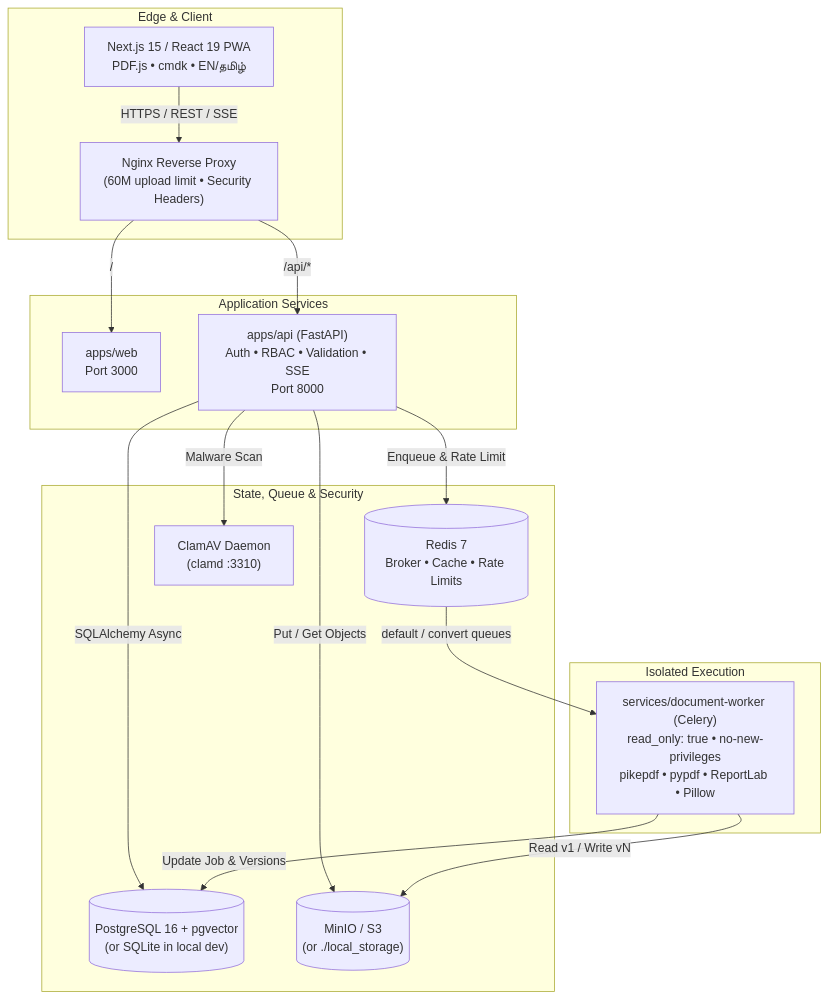
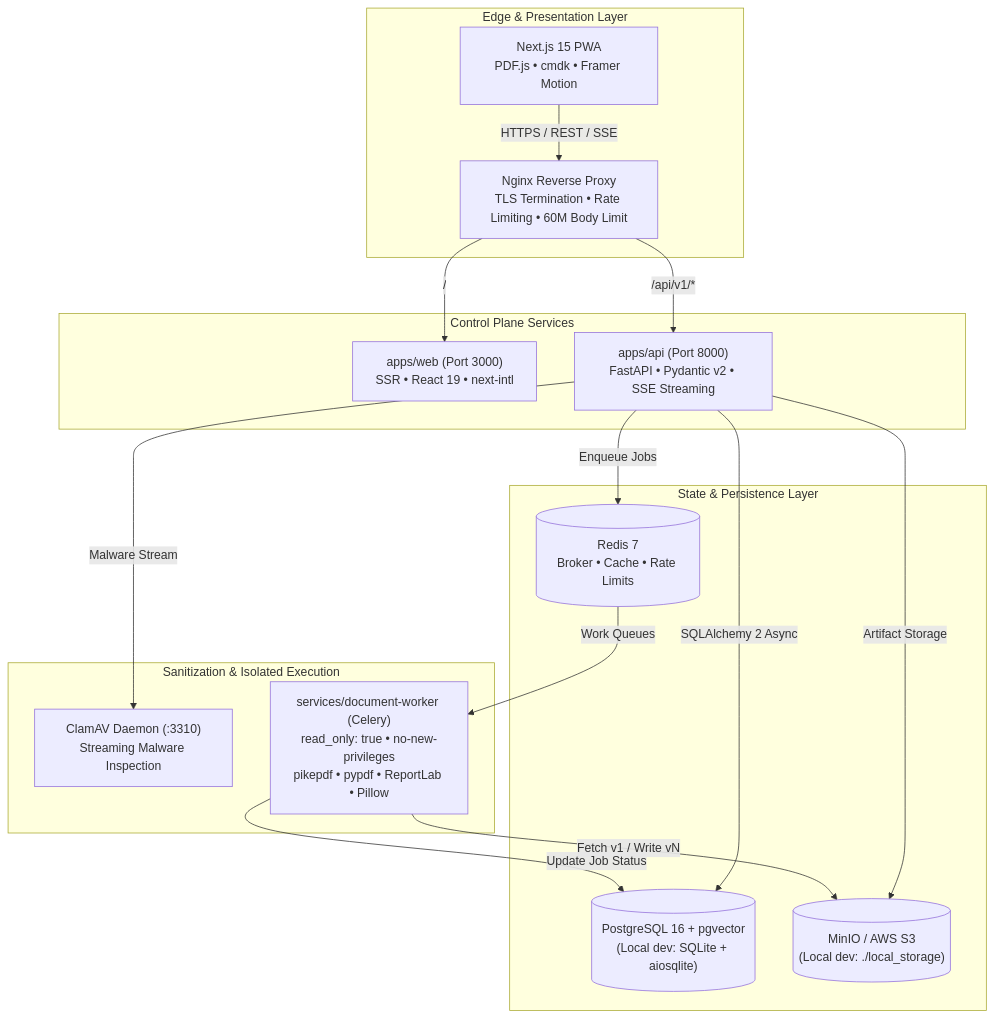
Before and after one commit to nanthishvaran17/DocuMind-AI: the diagram in README.md, drawn with Mermaid. The commit also changed other lines of this file and 4 other files, not shown here.

Commit message:
docs: overhaul README to enterprise showcase standard with high-class architecture and feature matrices

````diff
--- a/README.md
+++ b/README.md
@@ -98,34 +71,34 @@
 ```mermaid
 flowchart TB
-    subgraph Edge["Edge & Client"]
-        Browser["Next.js 15 / React 19 PWA<br/>PDF.js • cmdk • EN/தமிழ்"]
-        Nginx["Nginx Reverse Proxy<br/>(60M upload limit • Security Headers)"]
-        Browser -->|HTTPS / REST / SSE| Nginx
+    subgraph ClientLayer["Edge & Presentation Layer"]
+        Browser["Next.js 15 PWA<br/>PDF.js • cmdk • Framer Motion"]
+        Proxy["Nginx Reverse Proxy<br/>TLS Termination • Rate Limiting • 60M Body Limit"]
+        Browser -->|HTTPS / REST / SSE| Proxy
     end
 
-    subgraph AppLayer["Application Services"]
-        Web["apps/web<br/>Port 3000"]
-        API["apps/api (FastAPI)<br/>Auth • RBAC • Validation • SSE<br/>Port 8000"]
-        Nginx -->|"/"| Web
-        Nginx -->|"/api/*"| API
+    subgraph ControlPlane["Control Plane Services"]
+        Web["apps/web (Port 3000)<br/>SSR • React 19 • next-intl"]
+        API["apps/api (Port 8000)<br/>FastAPI • Pydantic v2 • SSE Streaming"]
+        Proxy -->|"/"| Web
+        Proxy -->|"/api/v1/*"| API
     end
 
-    subgraph WorkerLayer["Isolated Execution"]
+    subgraph SecurityExecution["Sanitization & Isolated Execution"]
+        ClamAV["ClamAV Daemon (:3310)<br/>Streaming Malware Inspection"]
         Worker["services/document-worker (Celery)<br/>read_only: true • no-new-privileges<br/>pikepdf • pypdf • ReportLab • Pillow"]
     end
 
-    subgraph DataLayer["State, Queue & Security"]
-        DB[("PostgreSQL 16 + pgvector<br/>(or SQLite in local dev)")]
+    subgraph StorageData["State & Persistence Layer"]
+        DB[("PostgreSQL 16 + pgvector<br/>(Local dev: SQLite + aiosqlite)")]
         Redis[("Redis 7<br/>Broker • Cache • Rate Limits")]
-        S3[("MinIO / S3<br/>(or ./local_storage)")]
-        ClamAV["ClamAV Daemon<br/>(clamd :3310)"]
+        S3[("MinIO / AWS S3<br/>(Local dev: ./local_storage)")]
     end
 
-    API -->|"SQLAlchemy Async"| DB
-    API -->|"Enqueue & Rate Limit"| Redis
-    API -->|"Malware Scan"| ClamAV
-    API -->|"Put / Get Objects"| S3
-    Redis -->|"default / convert queues"| Worker
-    Worker -->|"Read v1 / Write vN"| S3
-    Worker -->|"Update Job & Versions"| DB
+    API -->|"SQLAlchemy 2 Async"| DB
+    API -->|"Enqueue Jobs"| Redis
+    API -->|"Malware Stream"| ClamAV
+    API -->|"Artifact Storage"| S3
+    Redis -->|"Work Queues"| Worker
+    Worker -->|"Fetch v1 / Write vN"| S3
+    Worker -->|"Update Job Status"| DB
 ```
````
